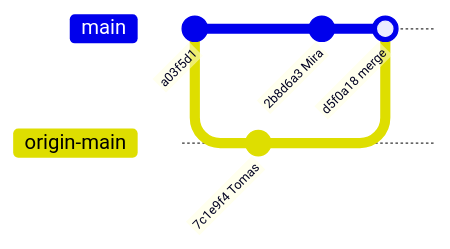
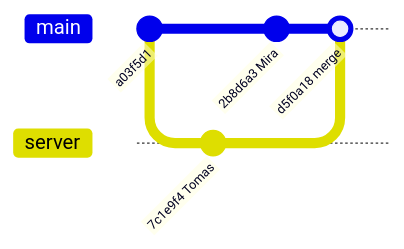
One commit to alvinnew100/grand-line-study-guide changed the fifth of 6 diagrams in src/git/lessons/13-contributing.md. Above: the diagram before and after it, drawn with Mermaid. The commit also changed other lines of this file and 4 other files, not shown here.

Commit message:
Git: fix three diagrams that failed to render

````diff
--- a/src/git/lessons/13-contributing.md
+++ b/src/git/lessons/13-contributing.md
@@ -192,10 +193,10 @@
 ```mermaid
 gitGraph
    commit id: "a03f5d1"
-   branch origin-main
-   checkout origin-main
+   branch server
+   checkout server
    commit id: "7c1e9f4 Tomas"
    checkout main
    commit id: "2b8d6a3 Mira"
-   merge origin-main id: "d5f0a18 merge"
+   merge server id: "d5f0a18 merge"
 ```
````
